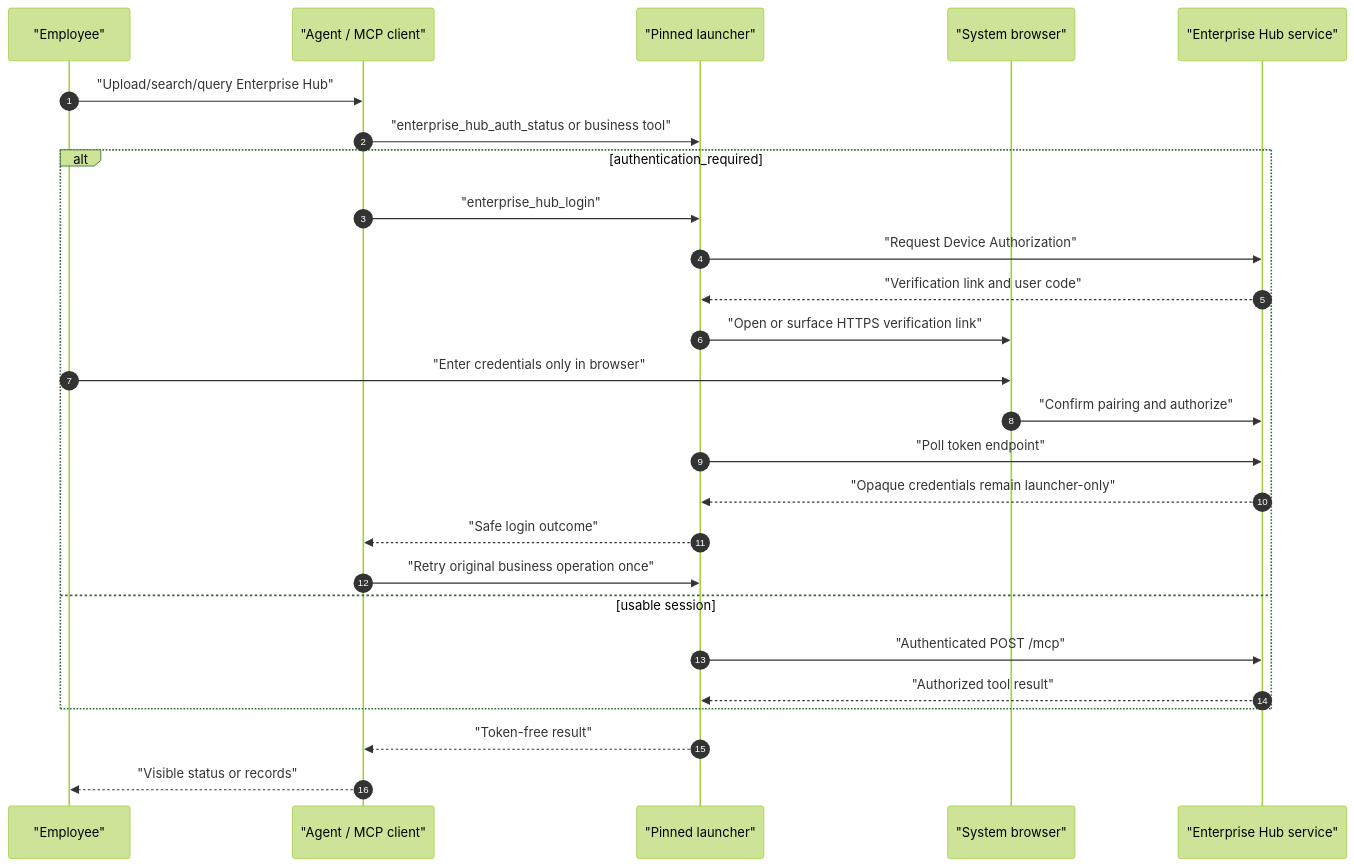
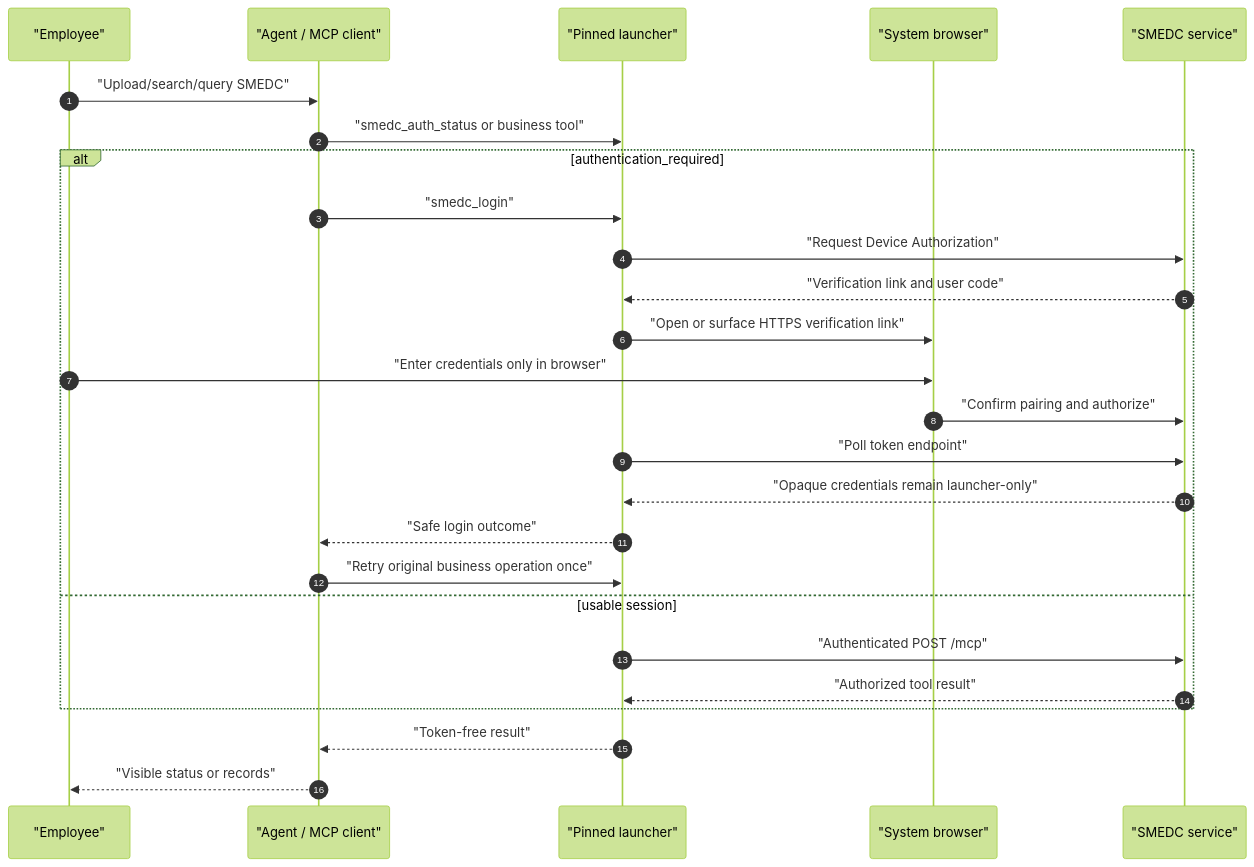
The second of 2 diagrams in docs/implementation/mcp-user-flow.md (YinXiaoyu-1998/SME_DATA_CENTER), drawn with Mermaid (forest theme) before and after one commit. The commit also changed other lines of this file and 150 other files, not shown here.

````diff
--- a/docs/implementation/mcp-user-flow.md
+++ b/docs/implementation/mcp-user-flow.md
@@ -55,29 +55,29 @@
 ```mermaid
 sequenceDiagram
   autonumber
   participant E as "Employee"
   participant A as "Agent / MCP client"
   participant L as "Pinned launcher"
   participant B as "System browser"
-  participant S as "Enterprise Hub service"
+  participant S as "SMEDC service"
 
-  E->>A: "Upload/search/query Enterprise Hub"
-  A->>L: "enterprise_hub_auth_status or business tool"
+  E->>A: "Upload/search/query SMEDC"
+  A->>L: "smedc_auth_status or business tool"
   alt authentication_required
-    A->>L: "enterprise_hub_login"
+    A->>L: "smedc_login"
     L->>S: "Request Device Authorization"
     S-->>L: "Verification link and user code"
     L->>B: "Open or surface HTTPS verification link"
     E->>B: "Enter credentials only in browser"
     B->>S: "Confirm pairing and authorize"
     L->>S: "Poll token endpoint"
     S-->>L: "Opaque credentials remain launcher-only"
     L-->>A: "Safe login outcome"
     A->>L: "Retry original business operation once"
   else usable session
     L->>S: "Authenticated POST /mcp"
     S-->>L: "Authorized tool result"
   end
   L-->>A: "Token-free result"
   A-->>E: "Visible status or records"
 ```
````
